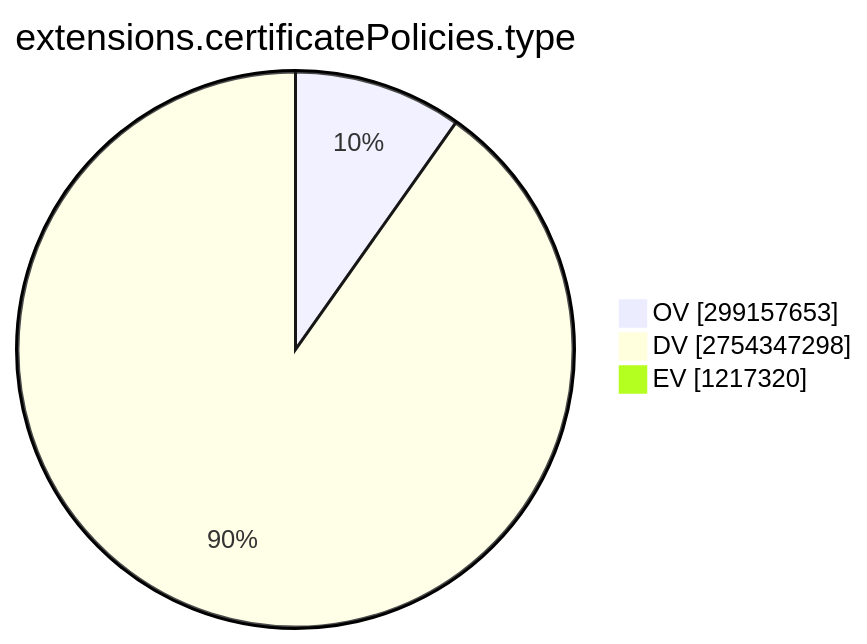
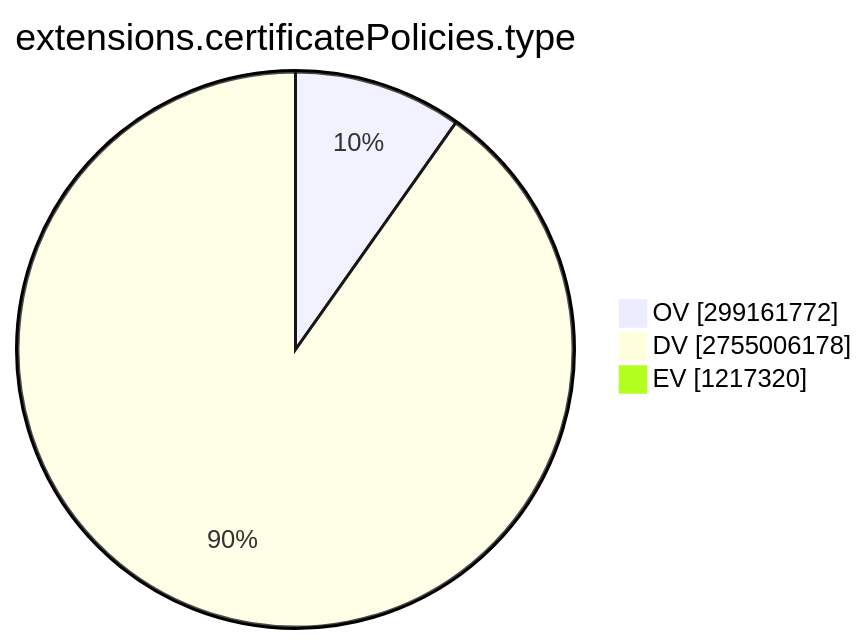
Before and after one commit to christiankrug/ctmonitor_visualization: the ninth of 15 diagrams in TOTAL/README.md, drawn with Mermaid. The commit also changed other lines of this file, not shown here.

````diff
--- a/TOTAL/README.md
+++ b/TOTAL/README.md
@@ -3101,7 +3101,7 @@
 ```mermaid
 pie showData
 title extensions.certificatePolicies.type
-"OV" :299157653
-"DV" :2754347298
+"OV" :299161772
+"DV" :2755006178
 "EV" :1217320
 ```
````
